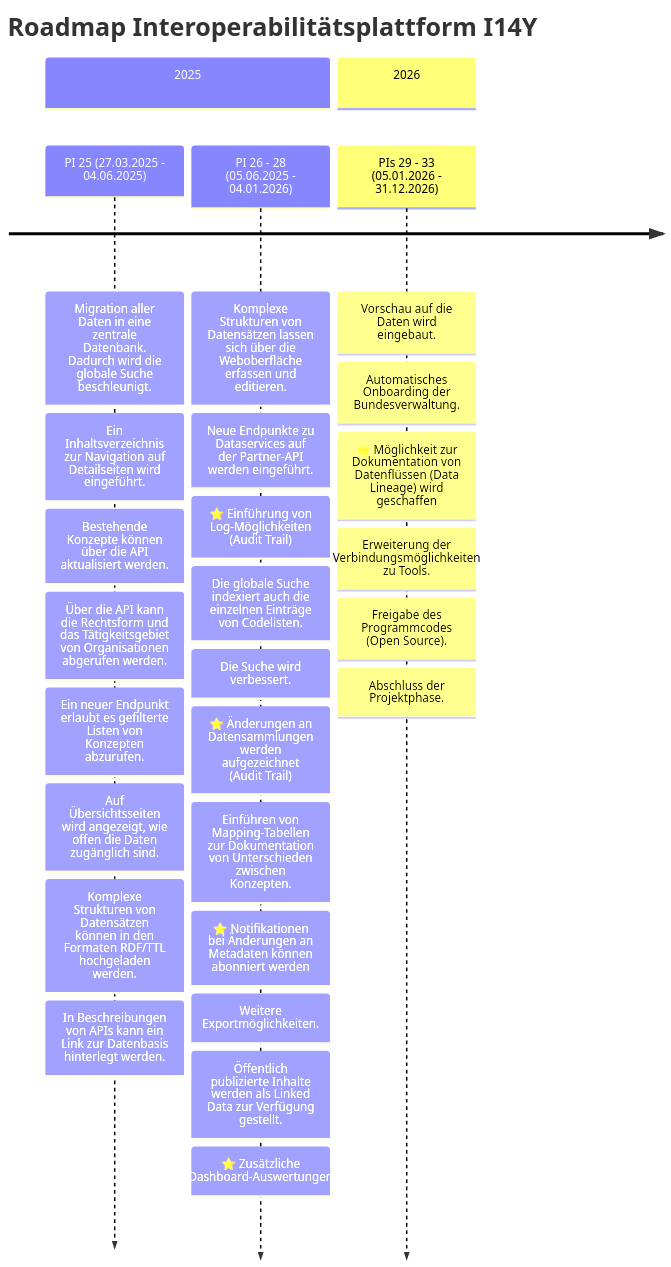
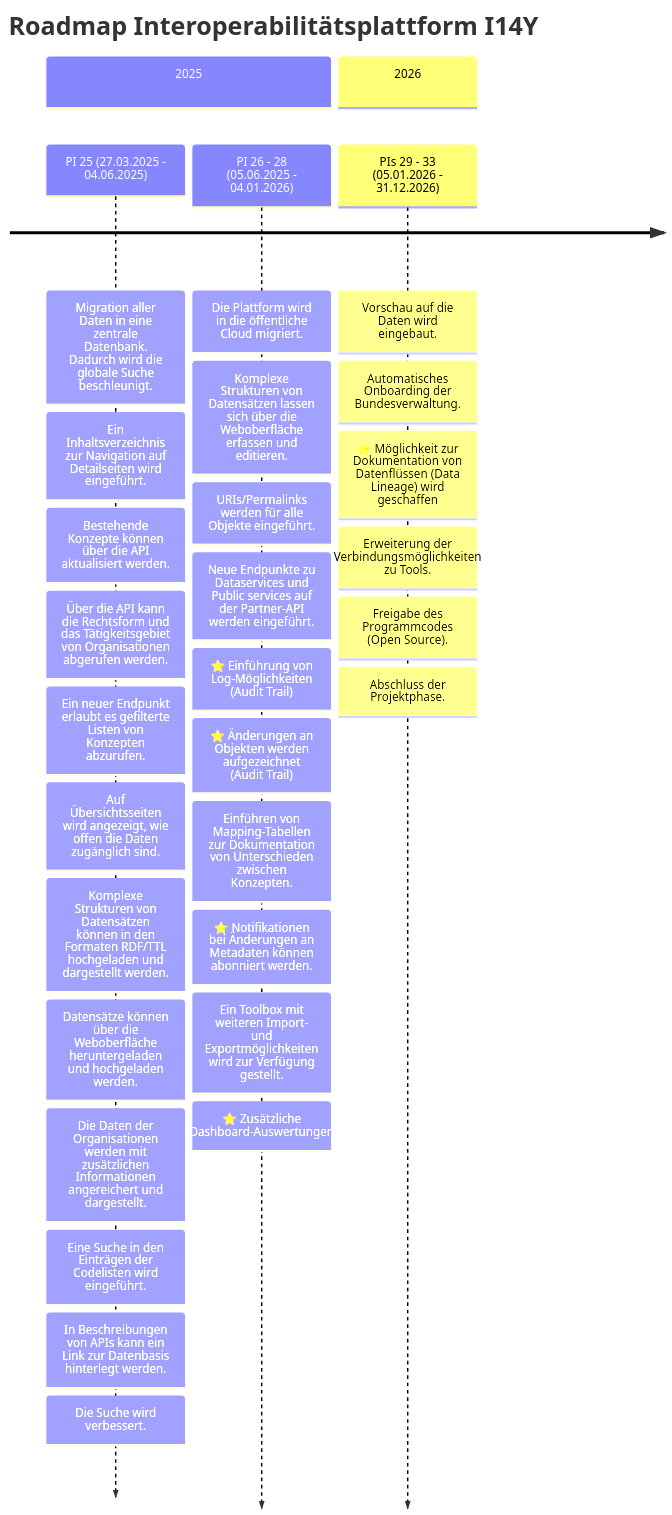
One commit to I14Y-ch/handbook changed the diagram in content/de/plattform/roadmap.md. Above: the diagram before and after it, drawn with Mermaid.

```diff
--- a/content/de/plattform/roadmap.md
+++ b/content/de/plattform/roadmap.md
@@ -21,37 +21,40 @@
 {{< mermaid width="650px" >}}
 timeline
     title Roadmap Interoperabilitätsplattform I14Y
     
     section 2025
         PI 25 (27.03.2025 - 04.06.2025)
         : Migration aller Daten in eine zentrale Datenbank. Dadurch wird die globale Suche beschleunigt.
         : Ein Inhaltsverzeichnis zur Navigation auf Detailseiten wird eingeführt.
         : Bestehende Konzepte können über die API aktualisiert werden.
         : Über die API kann die Rechtsform und das Tätigkeitsgebiet von Organisationen abgerufen werden.
         : Ein neuer Endpunkt erlaubt es gefilterte Listen von Konzepten abzurufen.
         : Auf Übersichtsseiten wird angezeigt, wie offen die Daten zugänglich sind. 
-        : Komplexe Strukturen von Datensätzen können in den Formaten RDF/TTL hochgeladen werden. 
-        : In Beschreibungen von APIs kann ein Link zur Datenbasis hinterlegt werden.  
+        : Komplexe Strukturen von Datensätzen können in den Formaten RDF/TTL hochgeladen und dargestellt werden. 
+        : Datensätze können über die Weboberfläche heruntergeladen und hochgeladen werden.
+        : Die Daten der Organisationen werden mit zusätzlichen Informationen angereichert und dargestellt.
+        : Eine Suche in den Einträgen der Codelisten wird eingeführt.
+        : In Beschreibungen von APIs kann ein Link zur Datenbasis hinterlegt werden.
+        : Die Suche wird verbessert.
         
         PI 26 - 28 (05.06.2025 - 04.01.2026)
+        : Die Plattform wird in die öffentliche Cloud migriert.
         : Komplexe Strukturen von Datensätzen lassen sich über die Weboberfläche erfassen und editieren.
-        : Neue Endpunkte zu Dataservices auf der Partner-API werden eingeführt.
+        : URIs/Permalinks werden für alle Objekte eingeführt.
+        : Neue Endpunkte zu Dataservices und Public services auf der Partner-API werden eingeführt.
         : ⭐ Einführung von Log-Möglichkeiten (Audit Trail)
-        : Die globale Suche indexiert auch die einzelnen Einträge von Codelisten. 
-        : Die Suche wird verbessert.
-        : ⭐ Änderungen an Datensammlungen werden aufgezeichnet (Audit Trail)
+        : ⭐ Änderungen an Objekten werden aufgezeichnet (Audit Trail)
         : Einführen von Mapping-Tabellen zur Dokumentation von Unterschieden zwischen Konzepten.
-        : ⭐ Notifikationen bei Änderungen an Metadaten können abonniert werden
-        : Weitere Exportmöglichkeiten.
-        : Öffentlich publizierte Inhalte werden als Linked Data zur Verfügung gestellt.
+        : ⭐ Notifikationen bei Änderungen an Metadaten können abonniert werden.
+        : Ein Toolbox mit weiteren Import- und Exportmöglichkeiten wird zur Verfügung gestellt.
         : ⭐ Zusätzliche Dashboard-Auswertungen
   
     section 2026
         PIs 29 - 33 (05.01.2026 - 31.12.2026)
         : Vorschau auf die Daten wird eingebaut.
         : Automatisches Onboarding der Bundesverwaltung.
         : ⭐ Möglichkeit zur Dokumentation von Datenflüssen (Data Lineage) wird geschaffen
         : Erweiterung der Verbindungsmöglichkeiten zu Tools.
         : Freigabe des Programmcodes (Open Source).
         : Abschluss der Projektphase.
 {{< /mermaid >}}
```
